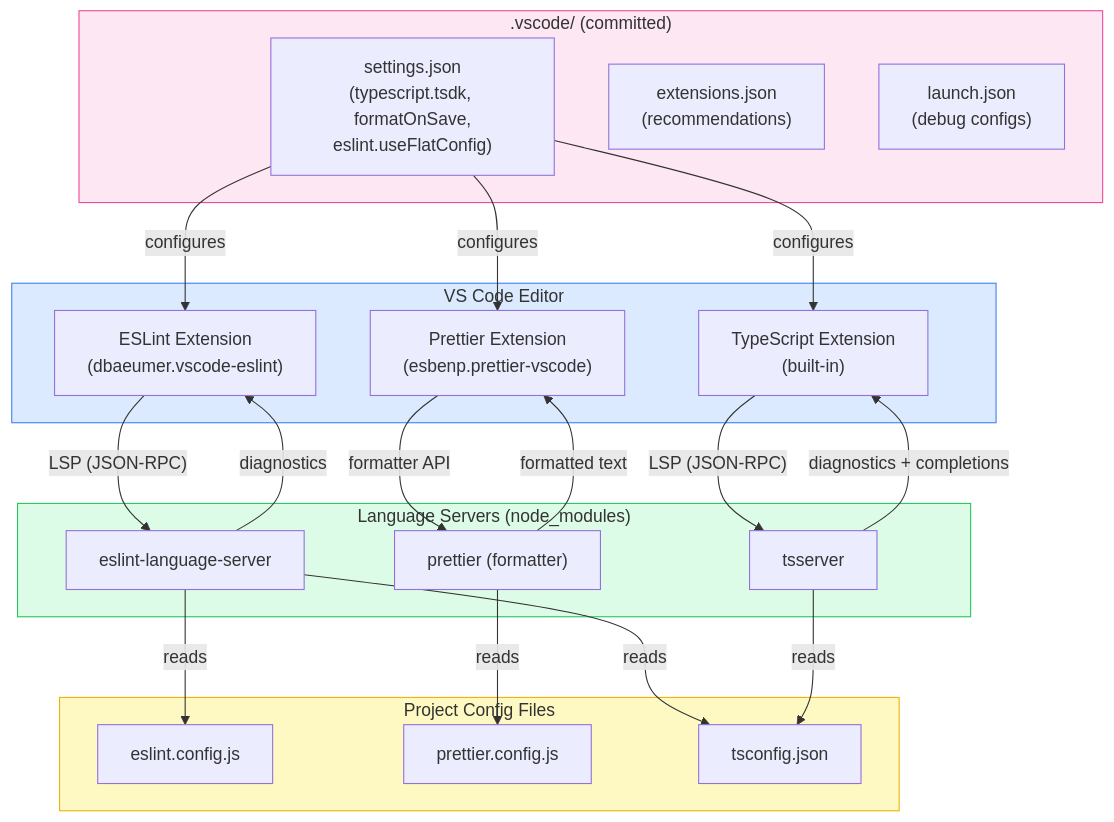
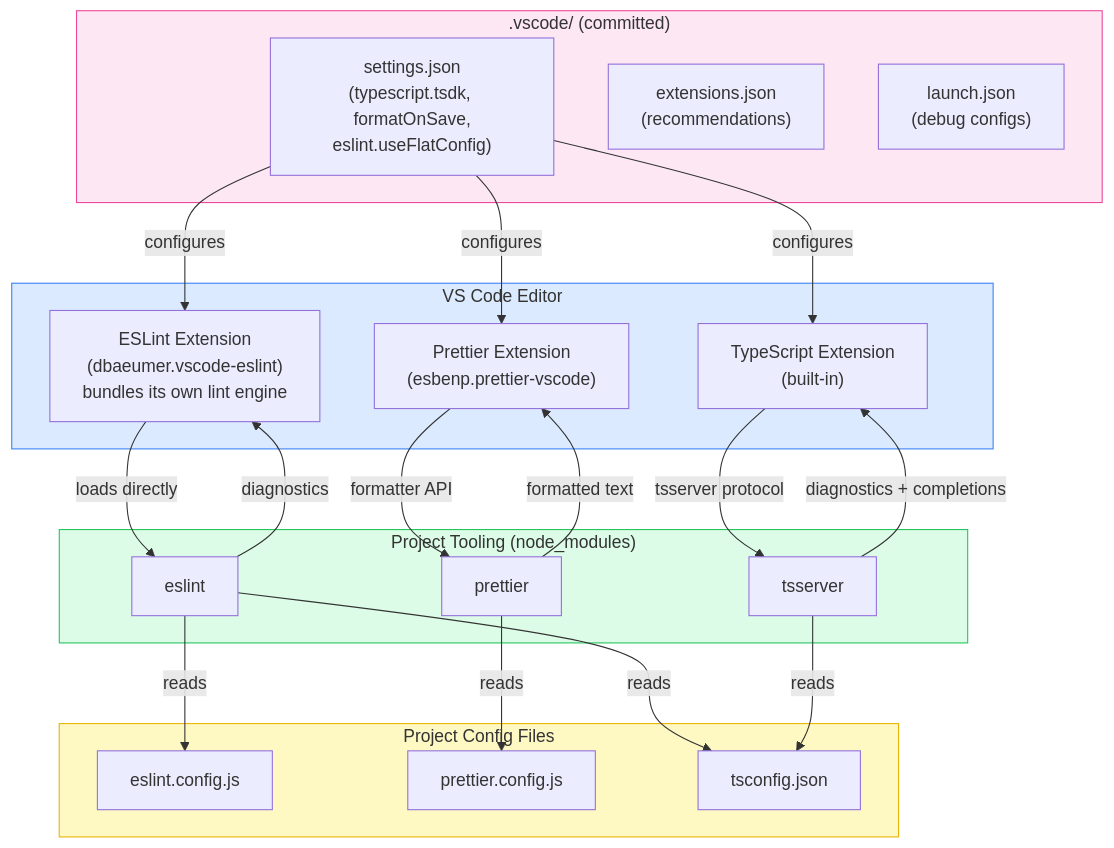
The diagram in docs/en/Developer Experience and Tooling/1606.md (alivedise/frontend-engineering-essentials), drawn with Mermaid before and after one commit. The commit also changed other lines of this file and 1 other file, not shown here.

Commit message:
docs(dx-tooling): harden FEE-1606 LSP (verified origin, ESLint language server)

````diff
--- a/docs/en/Developer Experience and Tooling/1606.md
+++ b/docs/en/Developer Experience and Tooling/1606.md
@@ -84,48 +26,48 @@
 ```mermaid
 flowchart TD
     subgraph editor["VS Code Editor"]
-        ext_eslint["ESLint Extension\n(dbaeumer.vscode-eslint)"]
+        ext_eslint["ESLint Extension\n(dbaeumer.vscode-eslint)\nbundles its own lint engine"]
         ext_prettier["Prettier Extension\n(esbenp.prettier-vscode)"]
         ext_ts["TypeScript Extension\n(built-in)"]
     end
 
-    subgraph lsp["Language Servers (node_modules)"]
-        srv_eslint["eslint-language-server"]
-        srv_prettier["prettier (formatter)"]
+    subgraph tools["Project Tooling (node_modules)"]
+        lib_eslint["eslint"]
+        lib_prettier["prettier"]
         srv_ts["tsserver"]
     end
 
     subgraph config["Project Config Files"]
         cfg_eslint["eslint.config.js"]
         cfg_prettier["prettier.config.js"]
         cfg_ts["tsconfig.json"]
     end
 
-    ext_eslint -->|"LSP (JSON-RPC)"| srv_eslint
-    ext_prettier -->|"formatter API"| srv_prettier
-    ext_ts -->|"LSP (JSON-RPC)"| srv_ts
+    ext_eslint -->|"loads directly"| lib_eslint
+    ext_prettier -->|"formatter API"| lib_prettier
+    ext_ts -->|"tsserver protocol"| srv_ts
 
-    srv_eslint -->|"reads"| cfg_eslint
-    srv_eslint -->|"reads"| cfg_ts
-    srv_prettier -->|"reads"| cfg_prettier
+    lib_eslint -->|"reads"| cfg_eslint
+    lib_eslint -->|"reads"| cfg_ts
+    lib_prettier -->|"reads"| cfg_prettier
     srv_ts -->|"reads"| cfg_ts
 
-    srv_eslint -->|"diagnostics"| ext_eslint
-    srv_prettier -->|"formatted text"| ext_prettier
+    lib_eslint -->|"diagnostics"| ext_eslint
+    lib_prettier -->|"formatted text"| ext_prettier
     srv_ts -->|"diagnostics + completions"| ext_ts
 
     subgraph vscode_cfg[".vscode/ (committed)"]
         vs_settings["settings.json\n(typescript.tsdk, formatOnSave,\neslint.useFlatConfig)"]
         vs_ext["extensions.json\n(recommendations)"]
         vs_launch["launch.json\n(debug configs)"]
     end
 
     vs_settings -->|"configures"| ext_eslint
     vs_settings -->|"configures"| ext_prettier
     vs_settings -->|"configures"| ext_ts
 
     style editor fill:#dbeafe,stroke:#3b82f6
-    style lsp fill:#dcfce7,stroke:#22c55e
+    style tools fill:#dcfce7,stroke:#22c55e
     style config fill:#fef9c3,stroke:#eab308
     style vscode_cfg fill:#fce7f3,stroke:#ec4899
 ```
````
